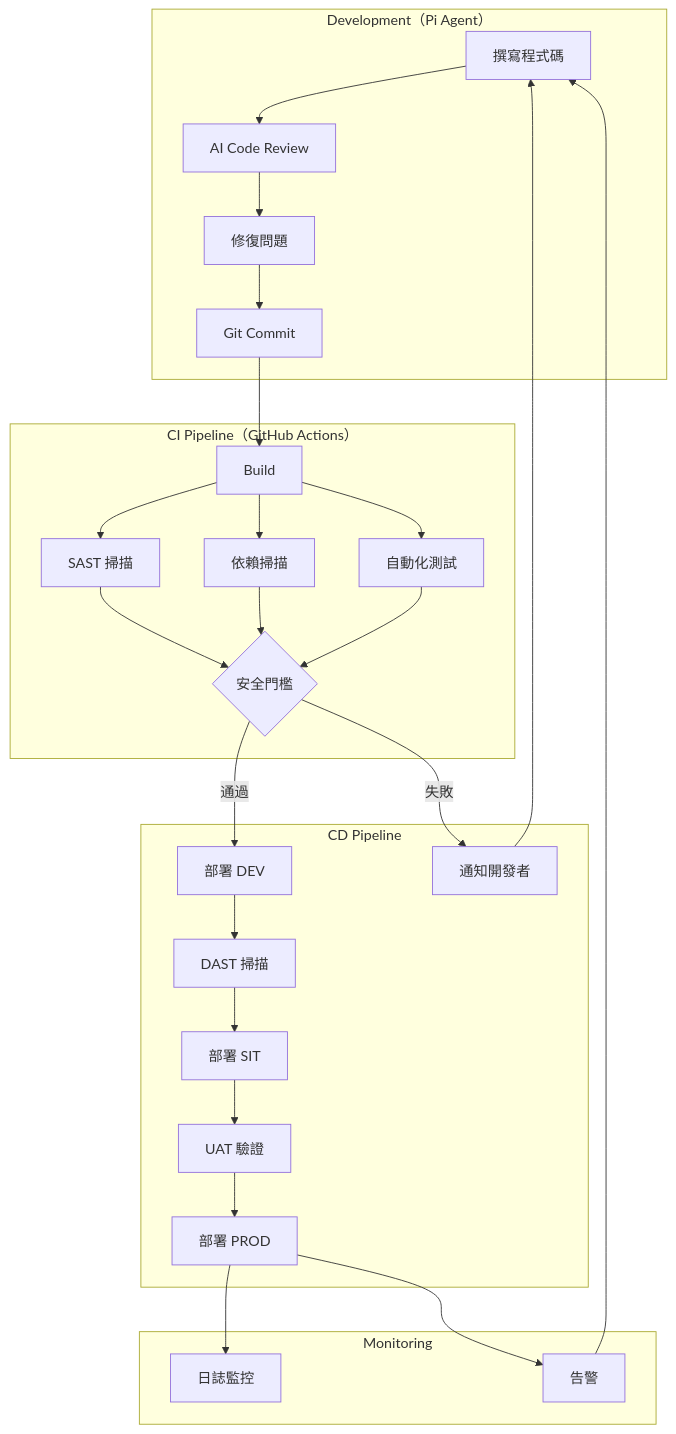
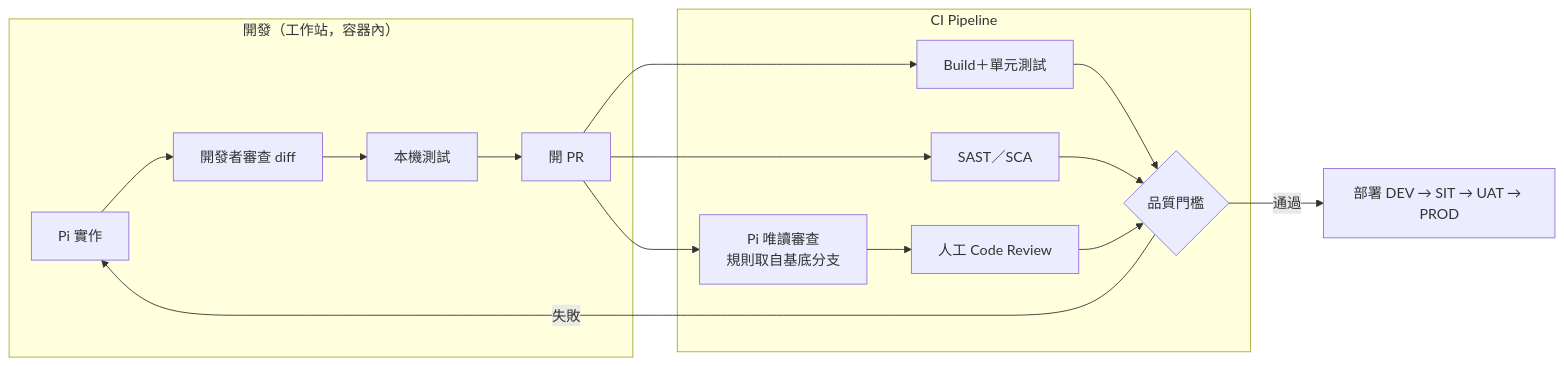
The seventh of 10 diagrams in content/posts/教學/AI開發/Pi Code Agent 教學手冊.md (chihhung/Blog), drawn with Mermaid before and after one commit. The commit also changed other lines of this file and 1 other file, not shown here.

Commit message:
docs: update Pi Agent Harness and Pi code Agent doc

````diff
--- a/content/posts/教學/AI開發/Pi Code Agent 教學手冊.md
+++ b/content/posts/教學/AI開發/Pi Code Agent 教學手冊.md
@@ -2235,34 +4367,19 @@
 ```mermaid
-graph TB
-    subgraph "Development（Pi Agent）"
-        CODE[撰寫程式碼] --> REVIEW[AI Code Review]
-        REVIEW --> FIX[修復問題]
-        FIX --> COMMIT[Git Commit]
+flowchart LR
+    subgraph DEV[開發（工作站，容器內）]
+        C[Pi 實作] --> R[開發者審查 diff]
+        R --> T[本機測試]
+        T --> PR[開 PR]
     end
-
-    subgraph "CI Pipeline（GitHub Actions）"
-        COMMIT --> BUILD[Build]
-        BUILD --> SAST[SAST 掃描]
-        BUILD --> DEP[依賴掃描]
-        BUILD --> TEST[自動化測試]
-        SAST --> GATE{安全門檻}
-        DEP --> GATE
-        TEST --> GATE
+    subgraph CI[CI Pipeline]
+        PR --> B[Build＋單元測試]
+        PR --> S[SAST／SCA]
+        PR --> AI[Pi 唯讀審查<br/>規則取自基底分支]
+        B --> G{品質門檻}
+        S --> G
+        AI --> H[人工 Code Review]
+        H --> G
     end
-
-    subgraph "CD Pipeline"
-        GATE -->|通過| DEPLOY_DEV[部署 DEV]
-        DEPLOY_DEV --> DAST[DAST 掃描]
-        DAST --> DEPLOY_SIT[部署 SIT]
-        DEPLOY_SIT --> UAT[UAT 驗證]
-        UAT --> PROD[部署 PROD]
-        GATE -->|失敗| NOTIFY[通知開發者]
-        NOTIFY --> CODE
-    end
-
-    subgraph "Monitoring"
-        PROD --> LOG[日誌監控]
-        PROD --> ALERT[告警]
-        ALERT --> CODE
-    end
+    G -->|通過| CD[部署 DEV → SIT → UAT → PROD]
+    G -->|失敗| C
 ```
````
